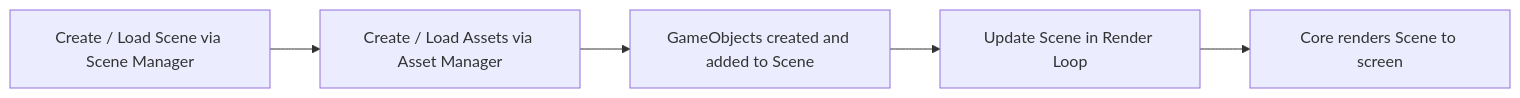
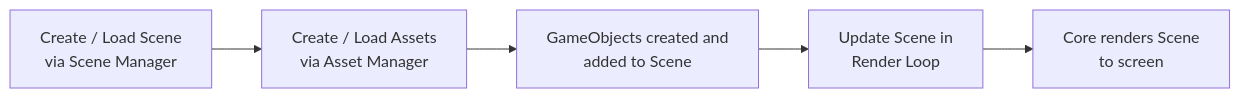
The first of 2 diagrams in README.md (tommiedevelops/cpu-graphics-engine), drawn with Mermaid before and after one commit.

Commit message:
small update to README.md again

````diff
--- a/README.md
+++ b/README.md
@@ -31,7 +31,7 @@
 ```mermaid
 flowchart LR
-A["Create / Load Scene via Scene Manager"] --> B["Create / Load Assets via Asset Manager"]
-B --> C["GameObjects created and added to Scene"]
-C --> D["Update Scene in Render Loop"]
-D --> E["Core renders Scene to screen"]
+A["Create / Load Scene</br> via Scene Manager"] --> B["Create / Load Assets</br>via Asset Manager"]
+B --> C["GameObjects created and</br>added to Scene"]
+C --> D["Update Scene in</br>Render Loop"]
+D --> E["Core renders Scene</br>to screen"]
 ```
````
